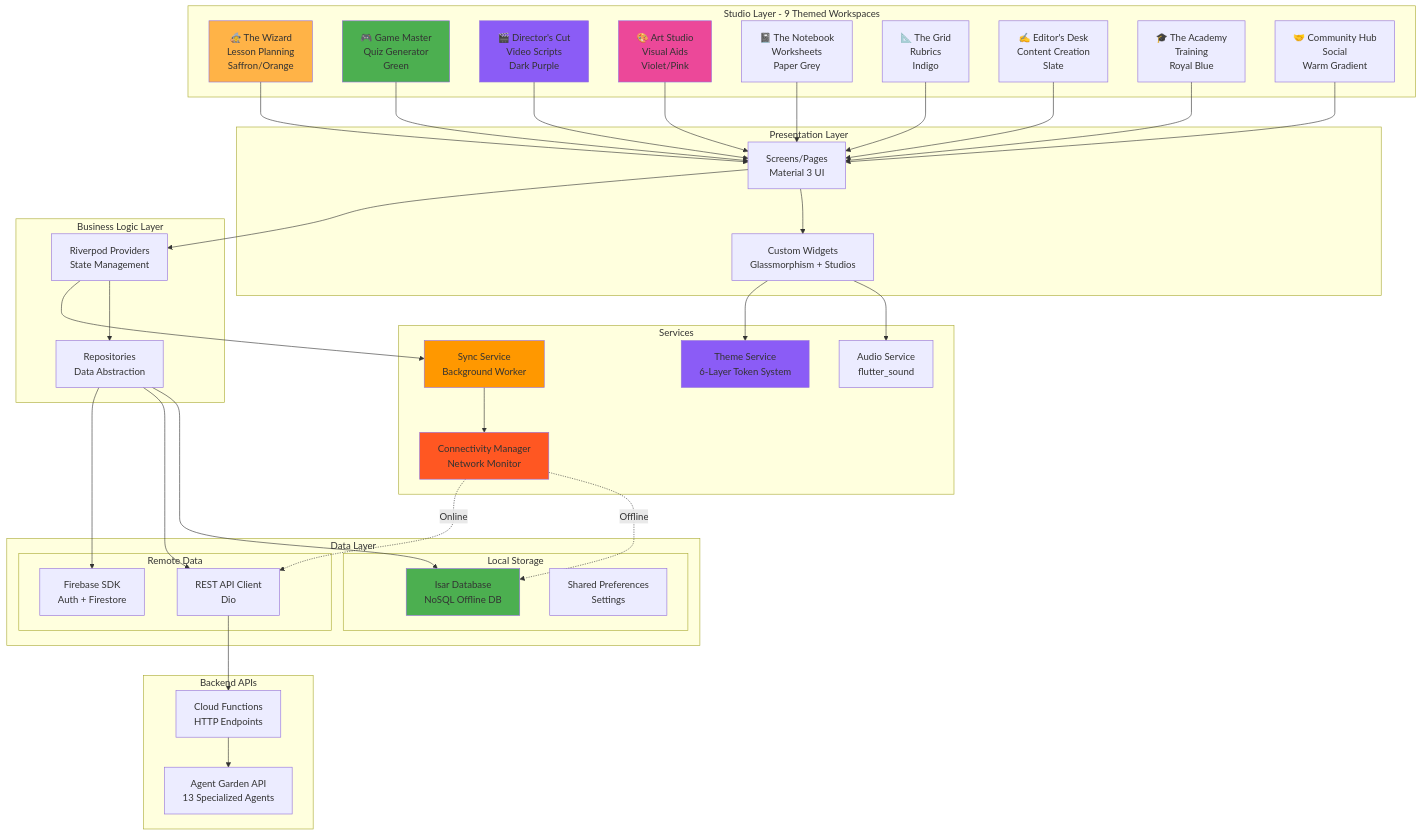
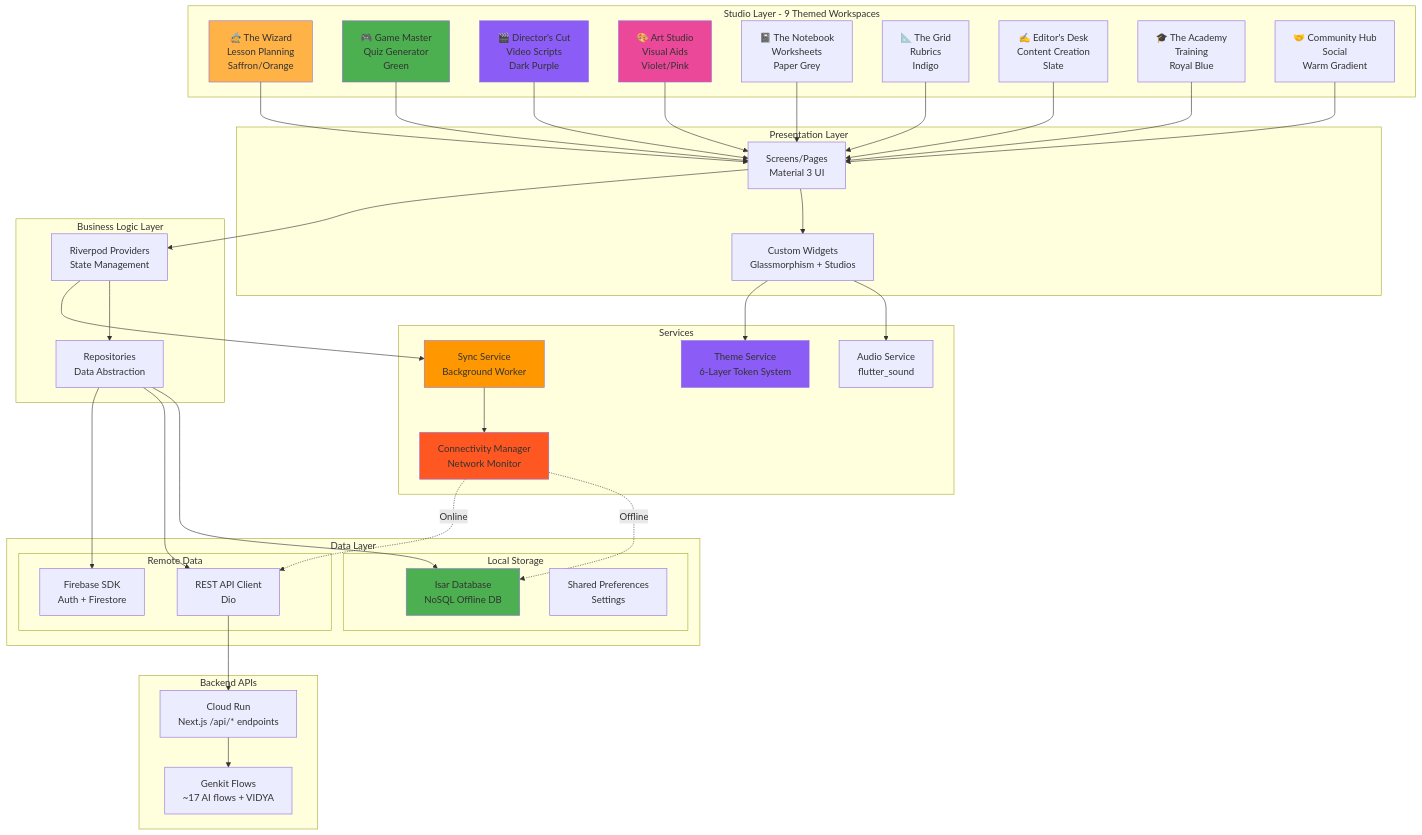
The third of 8 diagrams in sahayakai-main/docs/architecture/SOLUTION_ARCHITECTURE.md (sargupta/sahayakai), drawn with Mermaid before and after one commit. The commit also changed other lines of this file and 113 other files, not shown here.

```diff
--- a/sahayakai-main/docs/architecture/SOLUTION_ARCHITECTURE.md
+++ b/sahayakai-main/docs/architecture/SOLUTION_ARCHITECTURE.md
@@ -238,8 +231,8 @@
     end
 
     subgraph "Backend APIs"
-        CLOUD_FUNC[Cloud Functions<br/>HTTP Endpoints]
-        AGENT_API[Agent Garden API<br/>13 Specialized Agents]
+        CLOUD_FUNC[Cloud Run<br/>Next.js /api/* endpoints]
+        AGENT_API[Genkit Flows<br/>~17 AI flows + VIDYA]
     end
 
     WIZARD --> SCREENS
```
